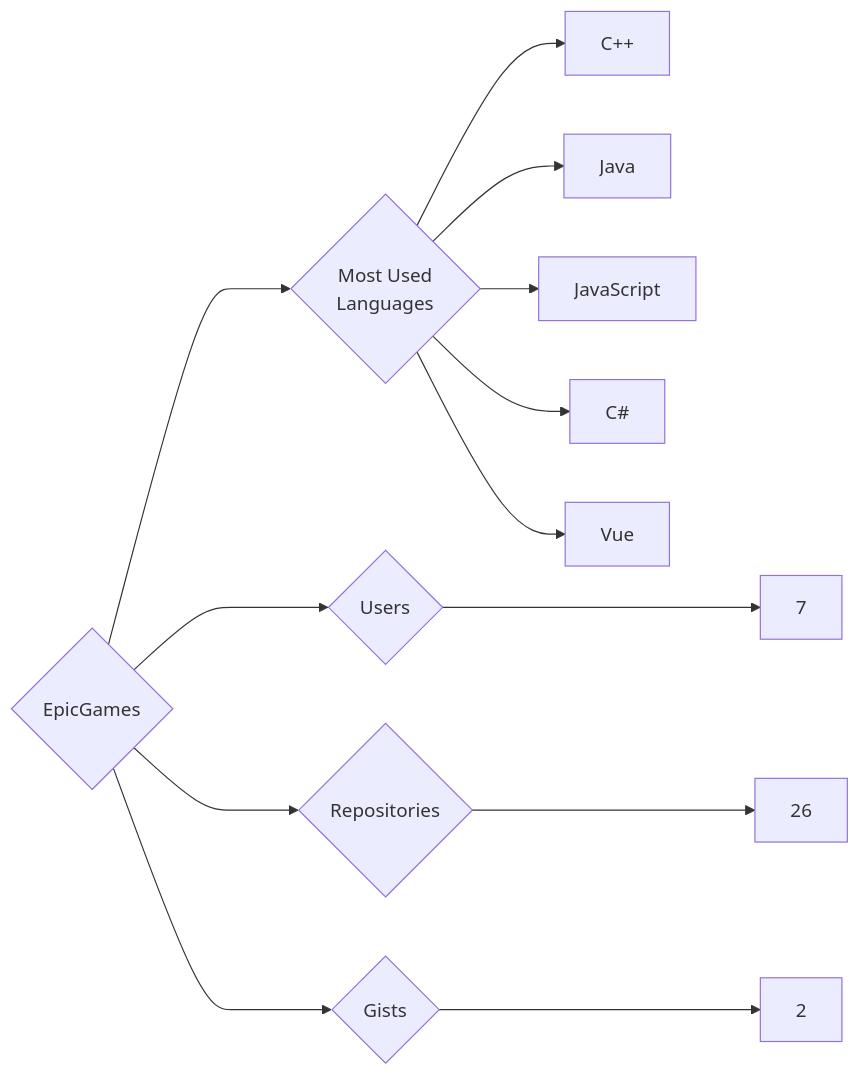
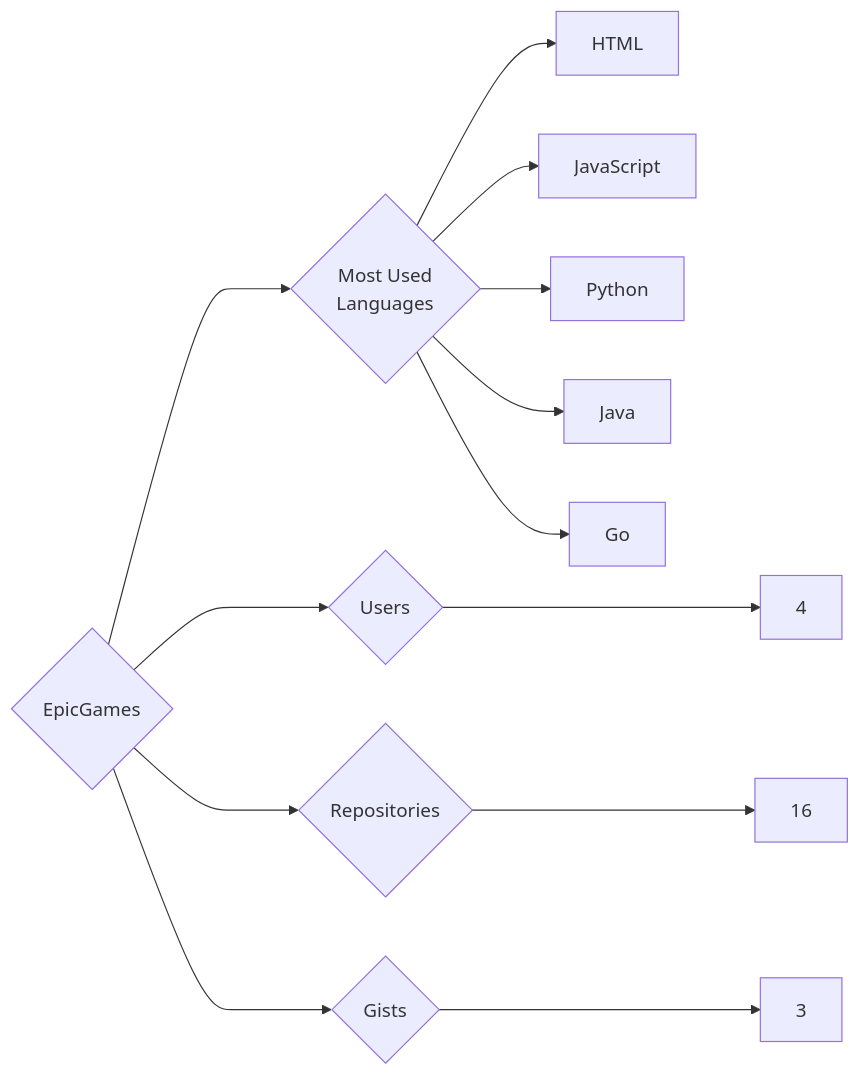
One commit to trickest/insiders changed the diagram in targets/EpicGames/README.md. Above: the diagram before and after it, drawn with Mermaid. The commit also changed 938 other files, not shown here.

````diff
--- a/targets/EpicGames/README.md
+++ b/targets/EpicGames/README.md
@@ -3,13 +3,13 @@
 ```mermaid
 graph LR
 COMPANY_NAME{EpicGames}
-COMPANY_NAME ---> U{Users} ---> UN[7]
-COMPANY_NAME ---> R{Repositories} ---> RN[26]
-COMPANY_NAME ---> G{Gists} ---> GN[2]
+COMPANY_NAME ---> U{Users} ---> UN[4]
+COMPANY_NAME ---> R{Repositories} ---> RN[16]
+COMPANY_NAME ---> G{Gists} ---> GN[3]
 COMPANY_NAME ---> ML{Most Used<br>Languages}
-ML --> C++[C++]
+ML --> HTML[HTML]
+ML --> JavaScript[JavaScript]
+ML --> Python[Python]
 ML --> Java[Java]
-ML --> JavaScript[JavaScript]
-ML --> C#[C#]
-ML --> Vue[Vue]
+ML --> Go[Go]
 ```
````
